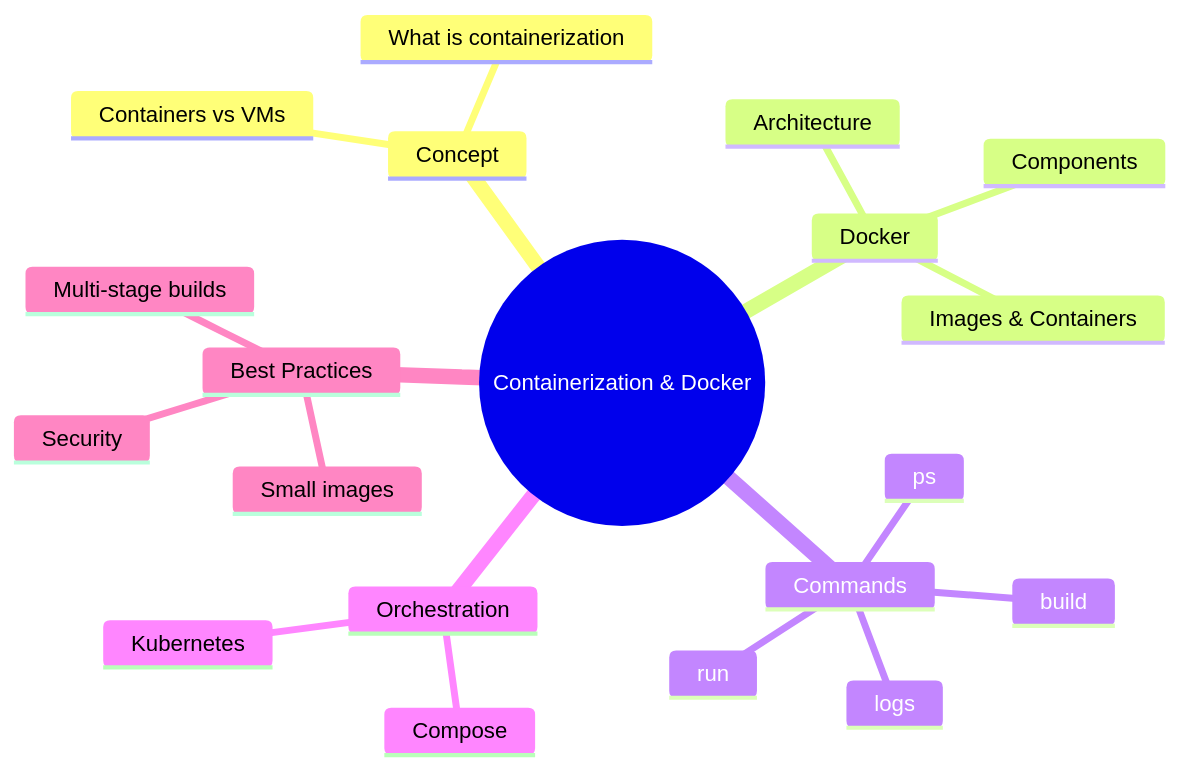
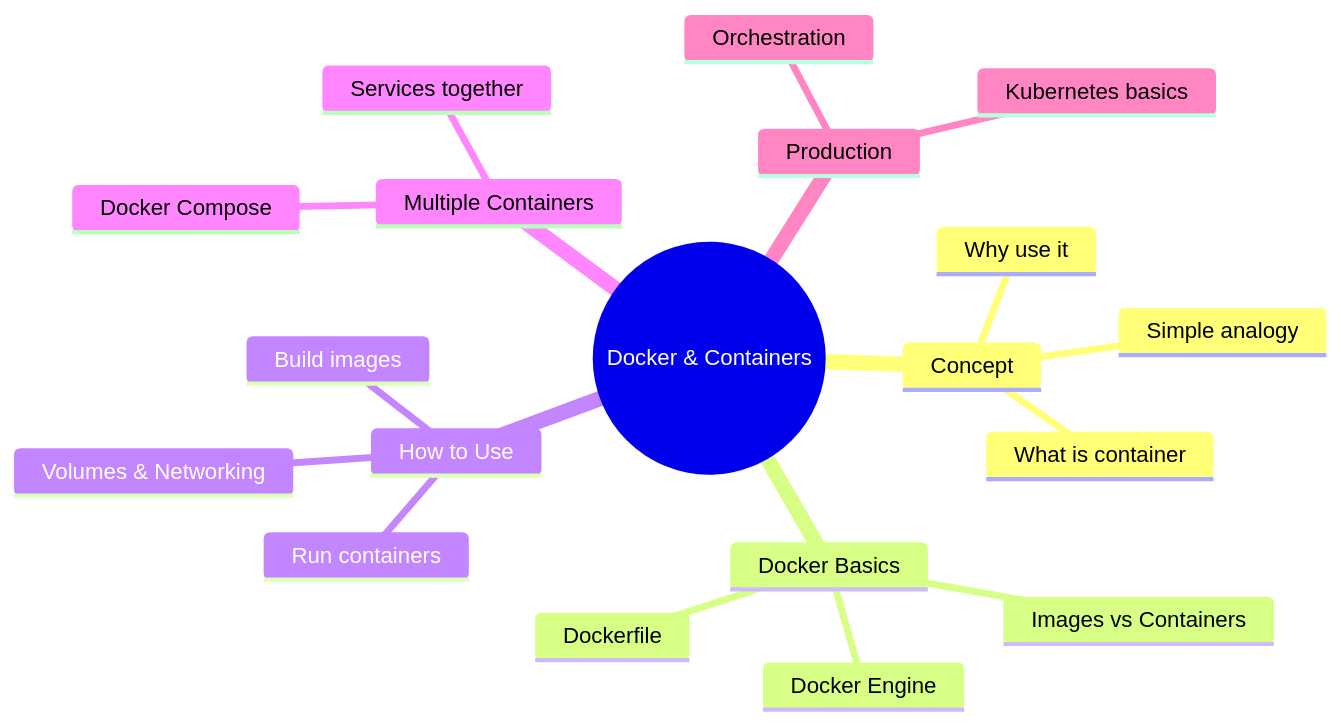
Before and after one commit to adityasingh-ops/DevOps: the first of 3 diagrams in lectures/06_docker_introduction.md, drawn with Mermaid. The commit also changed other lines of this file, not shown here.

Commit message:
updated docker notes

````diff
--- a/lectures/06_docker_introduction.md
+++ b/lectures/06_docker_introduction.md
@@ -5,23 +5,22 @@
 ```mermaid
 mindmap
-  root((Containerization & Docker))
+  root((Docker & Containers))
     Concept
-      What is containerization
-      Containers vs VMs
-    Docker
-      Architecture
-      Components
-      Images & Containers
-    Commands
-      build
-      run
-      ps
-      logs
-    Orchestration
-      Compose
-      Kubernetes
-    Best Practices
-      Small images
-      Security
-      Multi-stage builds
+      What is container
+      Why use it
+      Simple analogy
+    Docker Basics
+      Images vs Containers
+      Dockerfile
+      Docker Engine
+    How to Use
+      Build images
+      Run containers
+      Volumes & Networking
+    Multiple Containers
+      Docker Compose
+      Services together
+    Production
+      Orchestration
+      Kubernetes basics
 ```
````
